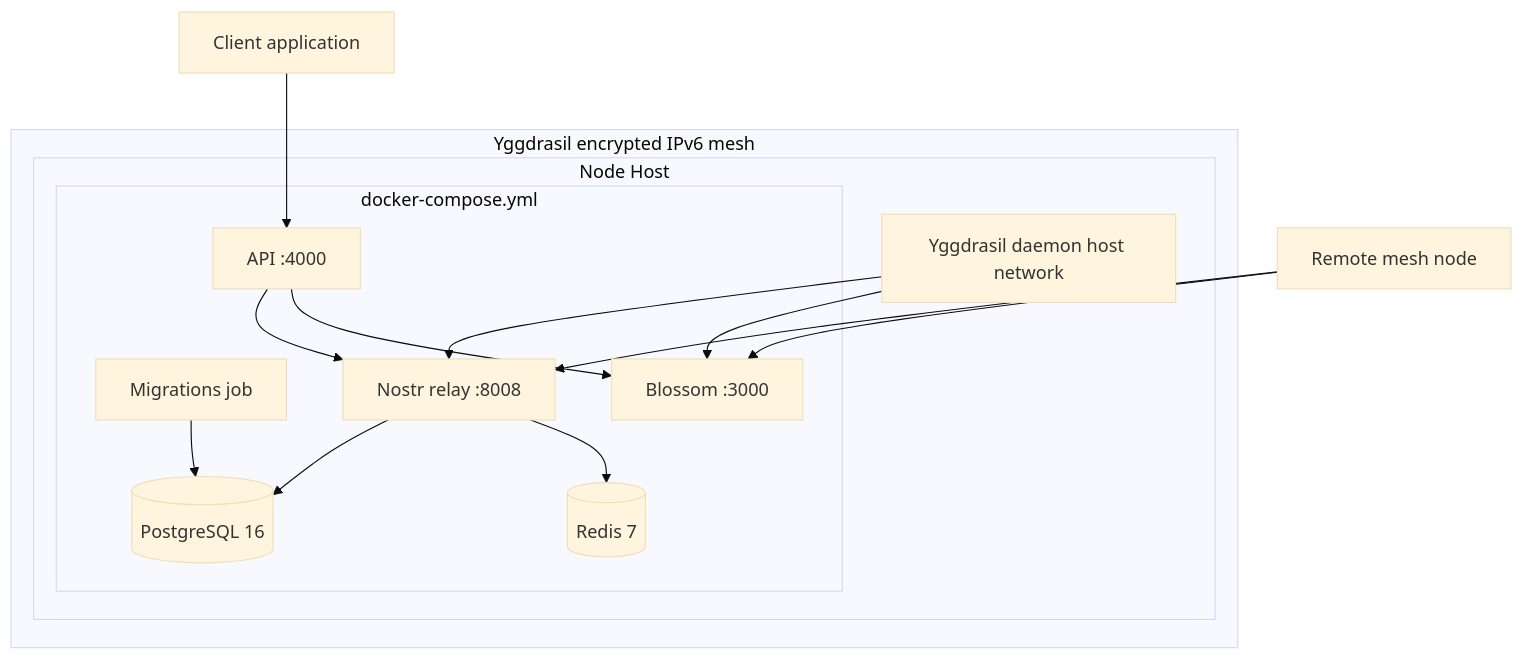
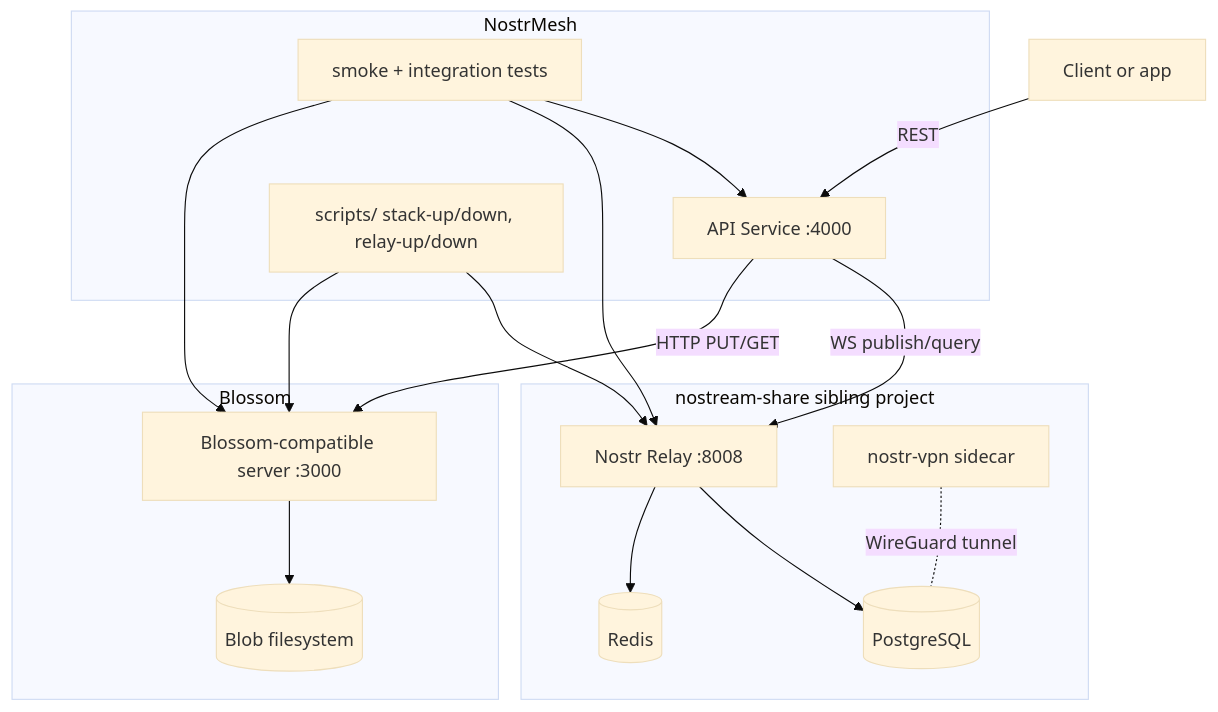
The first of 3 diagrams in docs/architecture.md (1amKhush/NostrMesh), drawn with Mermaid (base theme) before and after one commit. The commit also changed other lines of this file and 39 other files, not shown here.

Commit message:
Pivot mesh networking to nostr-vpn (WireGuard), implement M1/M2 code batch, and add PoC checklist/FDW scripts

````diff
--- a/docs/architecture.md
+++ b/docs/architecture.md
@@ -31,29 +32,33 @@
 ```mermaid
 graph TB
-    subgraph Mesh[Yggdrasil encrypted IPv6 mesh]
-        subgraph HostA[Node Host]
-            Y[Yggdrasil daemon host network]
-
-            subgraph Stack[docker-compose.yml]
-                DB[(PostgreSQL 16)]
-                RC[(Redis 7)]
-                MG[Migrations job]
-                RL[Nostr relay :8008]
-                BL[Blossom :3000]
-                API[API :4000]
-            end
-
-            Y --> RL
-            Y --> BL
-            RL --> DB
-            RL --> RC
-            MG --> DB
-            API --> RL
-            API --> BL
-        end
+    subgraph NostrMesh
+        API[API Service :4000]
+        Scripts[scripts/ stack-up/down, relay-up/down]
+        Tests[smoke + integration tests]
     end
 
-    Client[Client application] --> API
-    Remote[Remote mesh node] --> RL
-    Remote --> BL
+    subgraph NostreamShare[nostream-share sibling project]
+        Relay[Nostr Relay :8008]
+        DB[(PostgreSQL)]
+        Cache[(Redis)]
+        NVPN[nostr-vpn sidecar]
+    end
+
+    subgraph Blossom
+        BServer[Blossom-compatible server :3000]
+        BStore[(Blob filesystem)]
+    end
+
+    Client[Client or app] -->|REST| API
+    API -->|WS publish/query| Relay
+    API -->|HTTP PUT/GET| BServer
+    Relay --> DB
+    Relay --> Cache
+    NVPN -. WireGuard tunnel .- DB
+    BServer --> BStore
+    Scripts --> Relay
+    Scripts --> BServer
+    Tests --> API
+    Tests --> Relay
+    Tests --> BServer
 ```
````
